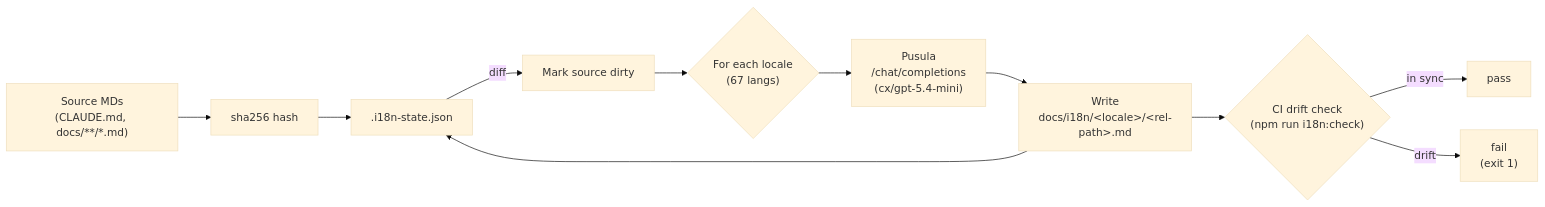
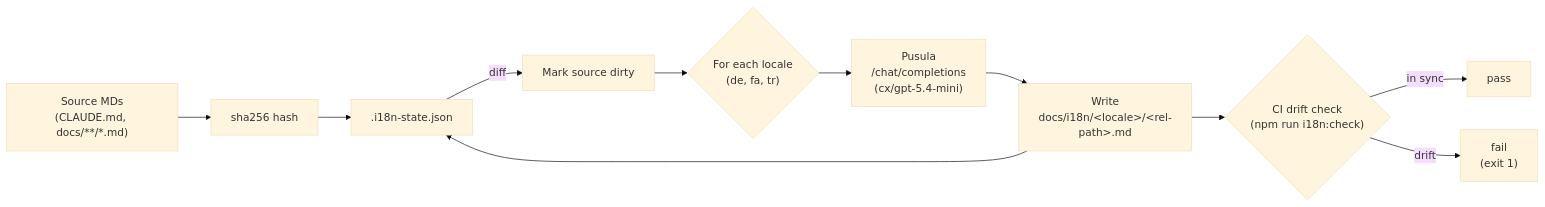
Before and after one commit to Ferhat-Yasinoglu/pusula: the diagram in docs/diagrams/i18n-flow.mmd, drawn with Mermaid (base theme). The commit also changed 66 other files, not shown here.

```diff
--- a/docs/diagrams/i18n-flow.mmd
+++ b/docs/diagrams/i18n-flow.mmd
@@ -1,14 +1,14 @@
 %% Incremental hash-based i18n pipeline
 %% Reflects: scripts/i18n/* and docs/i18n/<locale>/*.md mirror layout
 %% v3.8.0
 flowchart LR
   Src["Source MDs<br/>(CLAUDE.md, docs/**/*.md)"] --> Hash["sha256 hash"]
   Hash --> State[".i18n-state.json"]
   State -->|diff| Dirty["Mark source dirty"]
-  Dirty --> Loop{"For each locale<br/>(67 langs)"}
+  Dirty --> Loop{"For each locale<br/>(de, fa, tr)"}
   Loop --> LLM["Pusula<br/>/chat/completions<br/>(cx/gpt-5.4-mini)"]
   LLM --> Target["Write<br/>docs/i18n/&lt;locale&gt;/&lt;rel-path&gt;.md"]
   Target --> State
   Target --> CI{"CI drift check<br/>(npm run i18n:check)"}
   CI -->|in sync| Pass["pass"]
   CI -->|drift| Fail["fail<br/>(exit 1)"]
```
